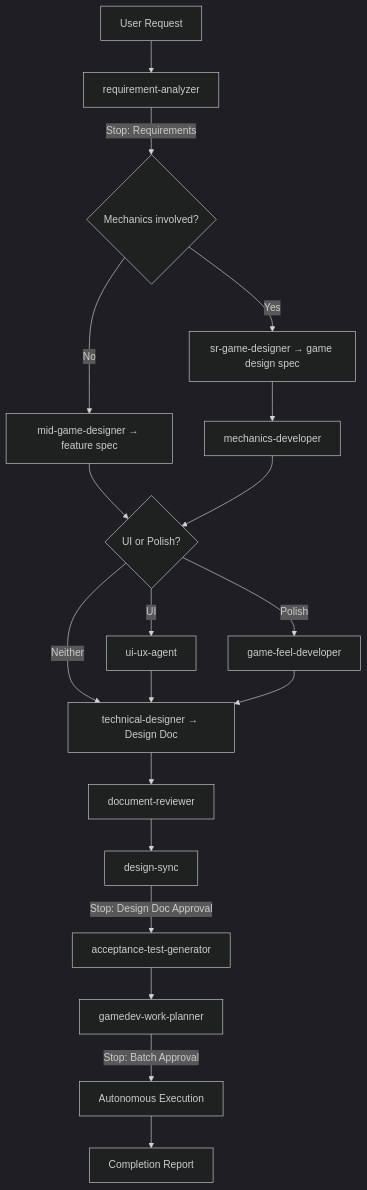
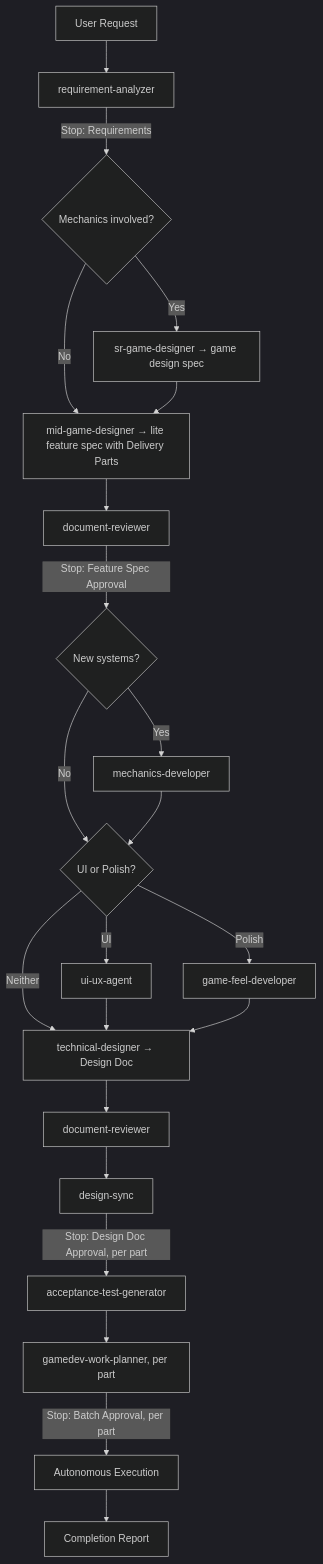
The fifth of 10 diagrams in docs/overture/gamedev-workflows.md (tundraray/overture), drawn with Mermaid (dark theme) before and after one commit. The commit also changed other lines of this file and 33 other files, not shown here.

````diff
--- a/docs/overture/gamedev-workflows.md
+++ b/docs/overture/gamedev-workflows.md
@@ -171,21 +179,24 @@
 ```mermaid
 graph TB
     A[User Request] --> B[requirement-analyzer]
     B --> |"Stop: Requirements"| COND{Mechanics involved?}
     COND --> |Yes| SGD[sr-game-designer → game design spec]
-    COND --> |No| MGD[mid-game-designer → feature spec]
-    SGD --> MD[mechanics-developer]
-    MGD --> COND2{UI or Polish?}
+    COND --> |No| MGD
+    SGD --> MGD[mid-game-designer → lite feature spec with Delivery Parts]
+    MGD --> DRF[document-reviewer]
+    DRF --> |"Stop: Feature Spec Approval"| MECH{New systems?}
+    MECH --> |Yes| MD[mechanics-developer]
+    MECH --> |No| COND2{UI or Polish?}
     MD --> COND2
     COND2 --> |UI| UI[ui-ux-agent]
     COND2 --> |Polish| GFD[game-feel-developer]
     COND2 --> |Neither| TD
     UI --> TD[technical-designer → Design Doc]
     GFD --> TD
     TD --> DR[document-reviewer]
     DR --> SYNC[design-sync]
-    SYNC --> |"Stop: Design Doc Approval"| ATG[acceptance-test-generator]
-    ATG --> WP[gamedev-work-planner]
-    WP --> |"Stop: Batch Approval"| AUTO[Autonomous Execution]
+    SYNC --> |"Stop: Design Doc Approval, per part"| ATG[acceptance-test-generator]
+    ATG --> WP[gamedev-work-planner, per part]
+    WP --> |"Stop: Batch Approval, per part"| AUTO[Autonomous Execution]
     AUTO --> DONE[Completion Report]
 ```
````
